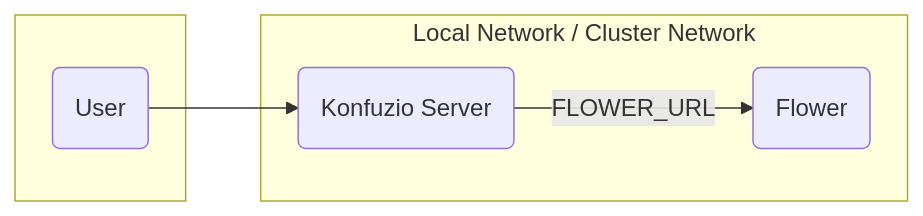
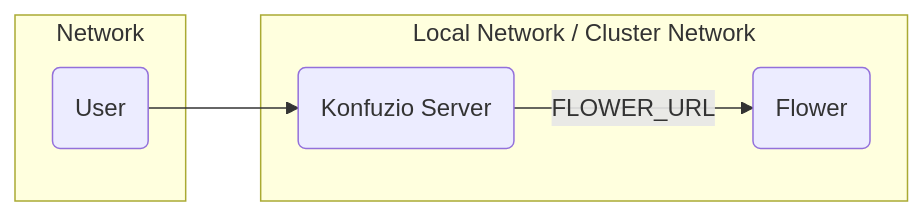
One commit to konfuzio-ai/konfuzio-sdk changed the diagram in docs/web/on_premises.md. Above: the diagram before and after it, drawn with Mermaid.

````diff
--- a/docs/web/on_premises.md
+++ b/docs/web/on_premises.md
@@ -335,10 +335,10 @@
 ```mermaid
 graph LR
-subgraph  
+subgraph Network
 a
 end
 subgraph Local Network / Cluster Network
 a("User") --> e
 e("Konfuzio Server") -- FLOWER_URL --> f("Flower")
-end  						
+end
 ```
````
